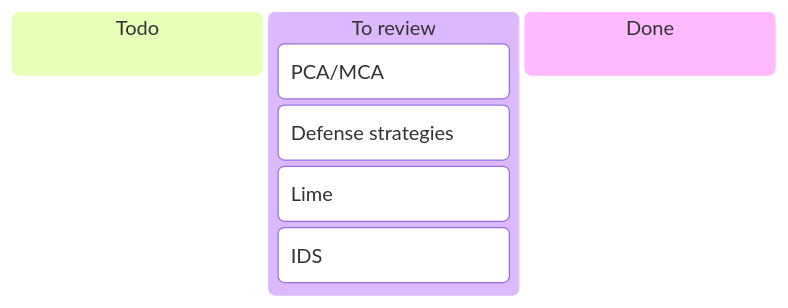
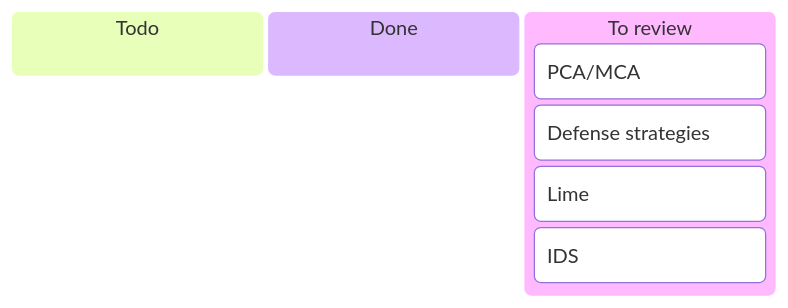
One commit to onlyidev/bachelor.thesis changed the first of 3 diagrams in README.md. Above: the diagram before and after it, drawn with Mermaid. The commit also changed other lines of this file, not shown here.

````diff
--- a/README.md
+++ b/README.md
@@ -4,10 +4,10 @@
 ```mermaid
 kanban
 todo["Todo"]
+done["Done"]
 review["To review"]
  PCA/MCA
  strats["Defense strategies"]
  Lime
  IDS
-done["Done"]
 ```
````
